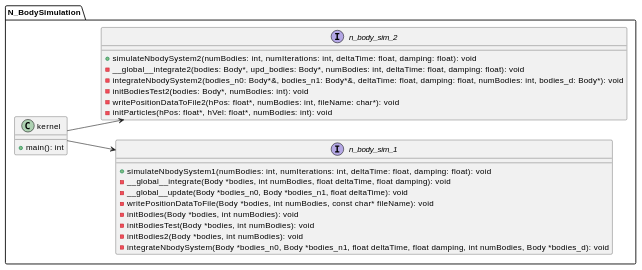
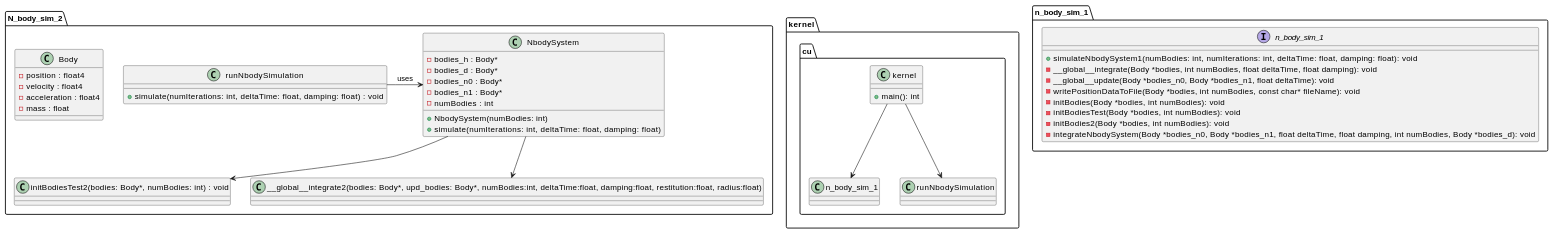
The diagram in project_outline/Diagram.md (F-Sossi/Two_body_project), drawn with PlantUML before and after one commit. The commit also changed other lines of this file, not shown here.

Commit message:
updated diagram

````diff
--- a/project_outline/Diagram.md
+++ b/project_outline/Diagram.md
@@ -1,39 +1,64 @@
 ```plantuml
 @startuml
-left to right direction
 
 
-package N_BodySimulation {
+package kernel.cu {
     
-    interface n_body_sim_1 {
+
+
+    class kernel {
+        +main(): int
+    }
+
+    kernel --> n_body_sim_1
+    kernel --> runNbodySimulation
+
+}
+
+package N_body_sim_2 {
+    
+
+    class Body {
+        - position : float4
+        - velocity : float4
+        - acceleration : float4
+        - mass : float
+    }
+
+
+    class NbodySystem {
+        - bodies_h : Body*
+        - bodies_d : Body*
+        - bodies_n0 : Body*
+        - bodies_n1 : Body*
+        - numBodies : int
+        + NbodySystem(numBodies: int)
+        + simulate(numIterations: int, deltaTime: float, damping: float)
+    }
+
+    NbodySystem --> "initBodiesTest2(bodies: Body*, numBodies: int) : void" 
+    NbodySystem -->"__global__integrate2(bodies: Body*, upd_bodies: Body*, numBodies:int, deltaTime:float, damping:float, restitution:float, radius:float)"
+
+    class runNbodySimulation {
+        +simulate(numIterations: int, deltaTime: float, damping: float) : void
+    }
+
+    runNbodySimulation-> NbodySystem : uses
+    
+}
+
+package n_body_sim_1{
+        interface n_body_sim_1 {
         +simulateNbodySystem1(numBodies: int, numIterations: int, deltaTime: float, damping: float): void
         -__global__integrate(Body *bodies, int numBodies, float deltaTime, float damping): void
         -__global__update(Body *bodies_n0, Body *bodies_n1, float deltaTime): void
         -writePositionDataToFile(Body *bodies, int numBodies, const char* fileName): void
         -initBodies(Body *bodies, int numBodies): void
         -initBodiesTest(Body *bodies, int numBodies): void
         -initBodies2(Body *bodies, int numBodies): void
         -integrateNbodySystem(Body *bodies_n0, Body *bodies_n1, float deltaTime, float damping, int numBodies, Body *bodies_d): void
     }
+}
+@enduml
 
-    class kernel {
-        +main(): int
-    }
-    
-    interface n_body_sim_2 {
-    +simulateNbodySystem2(numBodies: int, numIterations: int, deltaTime: float, damping: float): void
-    -__global__integrate2(bodies: Body*, upd_bodies: Body*, numBodies: int, deltaTime: float, damping: float): void
-    -integrateNbodySystem2(bodies_n0: Body*&, bodies_n1: Body*&, deltaTime: float, damping: float, numBodies: int, bodies_d: Body*): void
-    -initBodiesTest2(bodies: Body*, numBodies: int): void
-    -writePositionDataToFile2(hPos: float*, numBodies: int, fileName: char*): void
-    -initParticles(hPos: float*, hVel: float*, numBodies: int): void
-    }
-    
-    kernel --> n_body_sim_1
-    kernel --> n_body_sim_2
-
-    
-}
-
-@enduml
 ```
````
